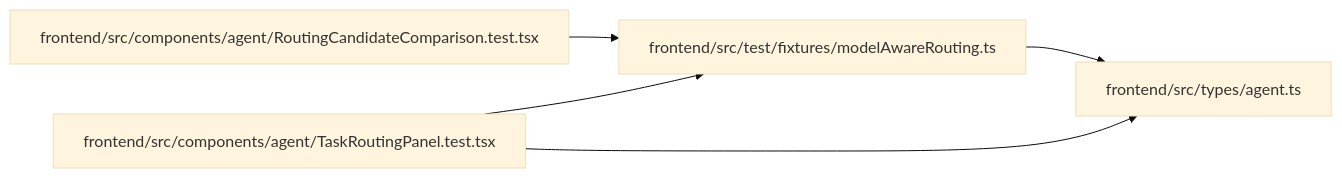
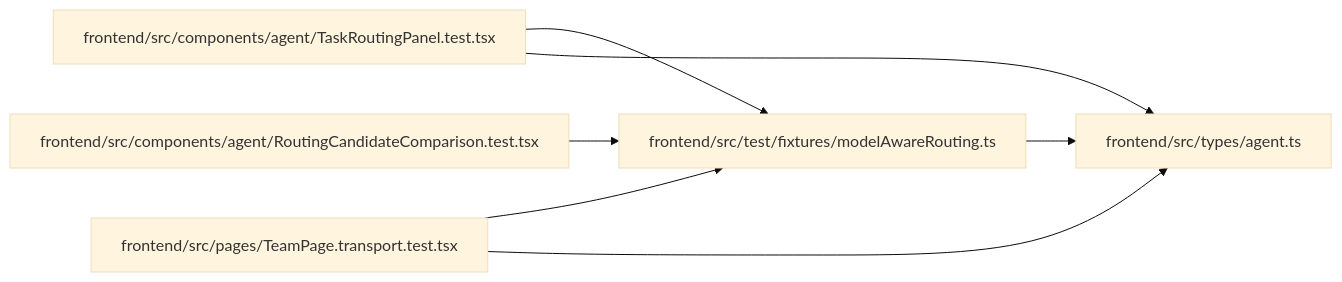
One commit to Denissvgn/WorkChord changed the diagram in docs/llm_wiki/modules/modelAwareRouting.md. Above: the diagram before and after it, drawn with Mermaid (base theme). The commit also changed other lines of this file and 2373 other files, not shown here.

````diff
--- a/docs/llm_wiki/modules/modelAwareRouting.md
+++ b/docs/llm_wiki/modules/modelAwareRouting.md
@@ -27,15 +27,19 @@
 ```mermaid
 flowchart LR
     n0["frontend/src/components/agent/RoutingCandidateComparison.test.tsx"]
     n1["frontend/src/components/agent/TaskRoutingPanel.test.tsx"]
-    n2["frontend/src/test/fixtures/modelAwareRouting.ts"]
-    n3["frontend/src/types/agent.ts"]
-    n0 --> n2
-    n1 --> n2
+    n2["frontend/src/pages/TeamPage.transport.test.tsx"]
+    n3["frontend/src/test/fixtures/modelAwareRouting.ts"]
+    n4["frontend/src/types/agent.ts"]
+    n0 --> n3
     n1 --> n3
+    n1 --> n4
     n2 --> n3
+    n2 --> n4
+    n3 --> n4
     click n0 "../modules/RoutingCandidateComparison.test.md"
     click n1 "../modules/TaskRoutingPanel.test.md"
-    click n2 "../modules/modelAwareRouting.md"
-    click n3 "../modules/types_agent.md"
+    click n2 "../modules/TeamPage.transport.test.md"
+    click n3 "../modules/modelAwareRouting.md"
+    click n4 "../modules/types_agent.md"
 ```
````
